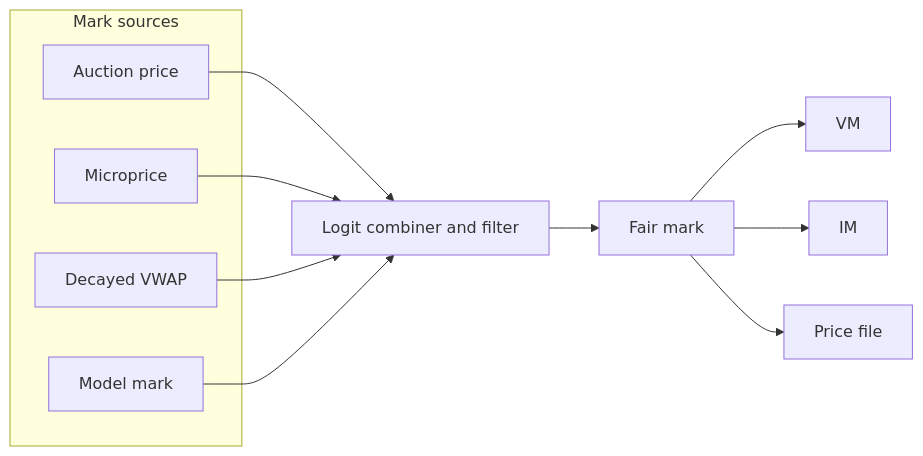
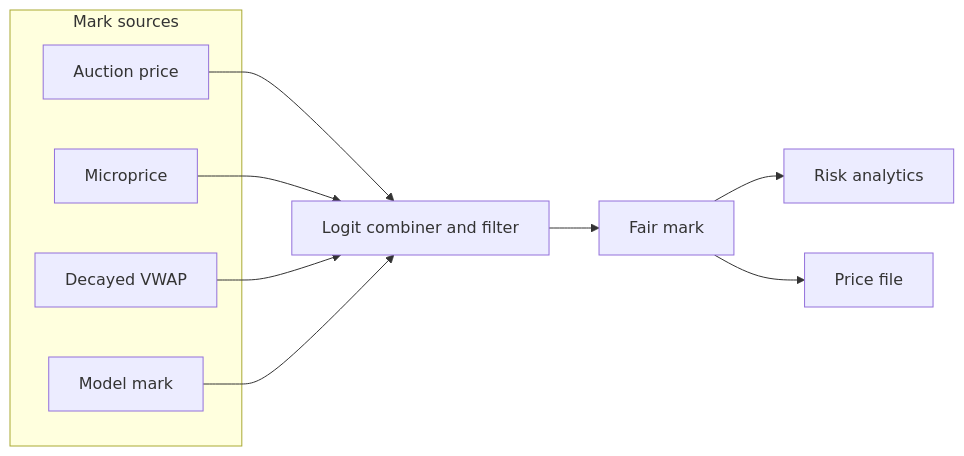
One commit to LevonDerma1221/swans-docs changed the sixth of 8 diagrams in docs/diagrams.md. Above: the diagram before and after it, drawn with Mermaid. The commit also changed other lines of this file and 9 other files, not shown here.

````diff
--- a/docs/diagrams.md
+++ b/docs/diagrams.md
@@ -125,19 +113,18 @@
 ```mermaid
 flowchart LR
   subgraph Mark sources
     A[Auction price]
     B[Microprice]
     T[Decayed VWAP]
     M[Model mark]
   end
 
   A --> COMB[Logit combiner and filter]
   B --> COMB
   T --> COMB
   M --> COMB
   COMB --> FAIR[Fair mark]
 
-  FAIR --> VM[VM]
-  FAIR --> IM[IM]
+  FAIR --> IM[Risk analytics]
   FAIR --> PF[Price file]
 ```
````
